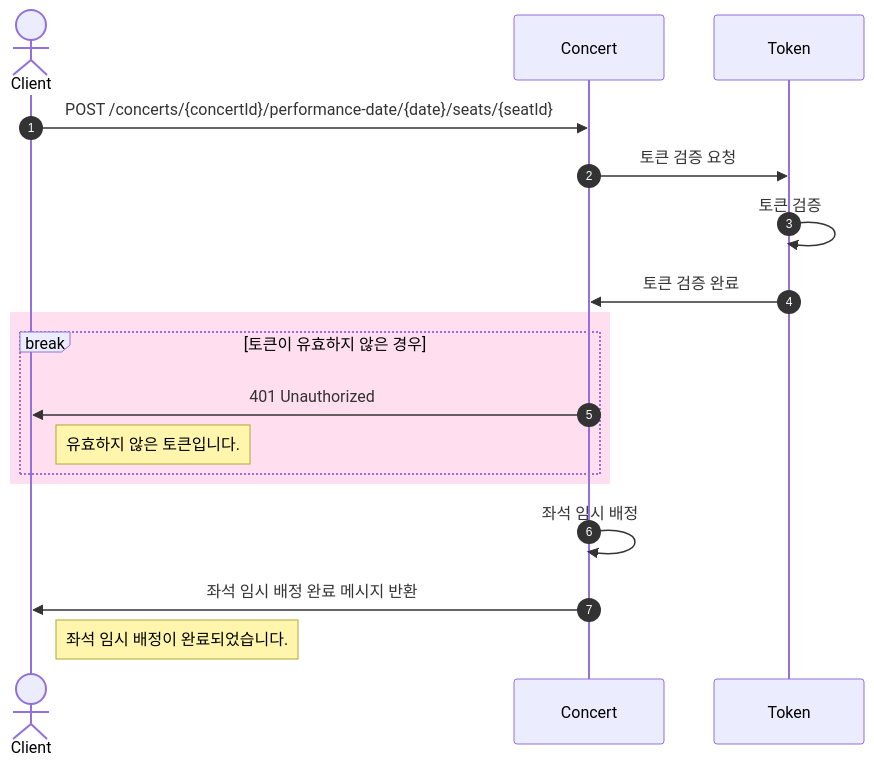
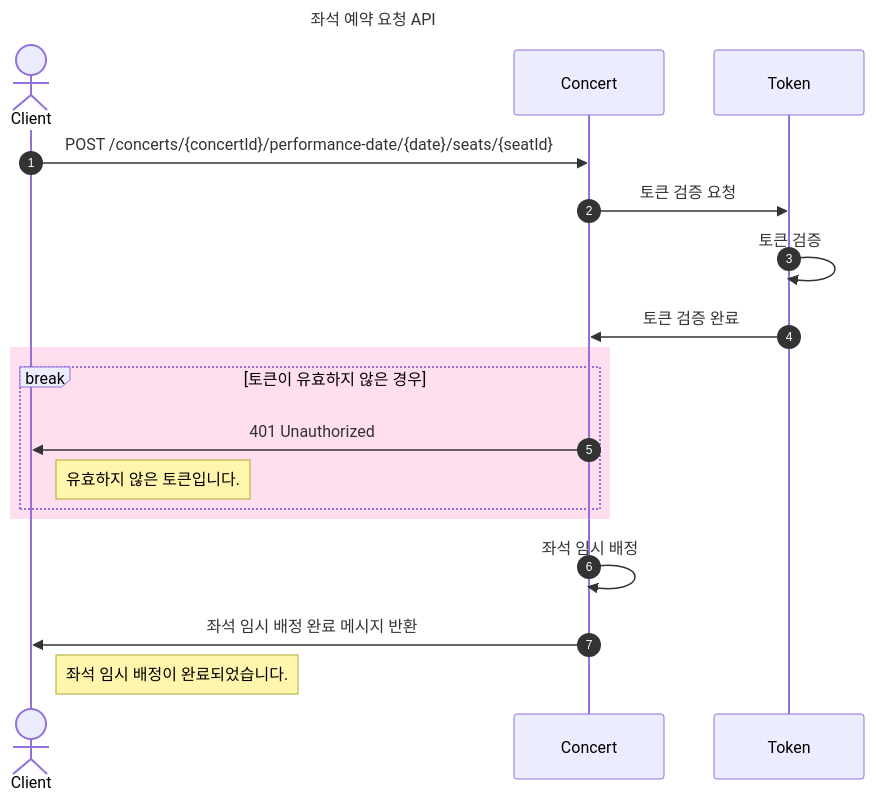
The fifth of 8 diagrams in README.md (Yn3-3xh/hanghaeplus-concert-reservation-service), drawn with Mermaid before and after one commit. The commit also changed other lines of this file, not shown here.

Commit message:
step5/update: README - Sequence Diagram title

````diff
--- a/README.md
+++ b/README.md
@@ -160,23 +167,26 @@
 ``` mermaid
+---
+title: 좌석 예약 요청 API
+---
 sequenceDiagram
 autonumber
 
 actor Client
 
 Client->>Concert: POST /concerts/{concertId}/performance-date/{date}/seats/{seatId}
 
 Concert->>Token: 토큰 검증 요청
 Token->>Token: 토큰 검증
 Token->>Concert: 토큰 검증 완료
 rect rgb(255, 222, 239)
     break 토큰이 유효하지 않은 경우
         Concert->>Client: 401 Unauthorized
         Note right of Client: 유효하지 않은 토큰입니다.
     end
 end
 
 Concert->>Concert: 좌석 임시 배정
 
 Concert->>Client: 좌석 임시 배정 완료 메시지 반환
 Note right of Client: 좌석 임시 배정이 완료되었습니다.
 ```
````
